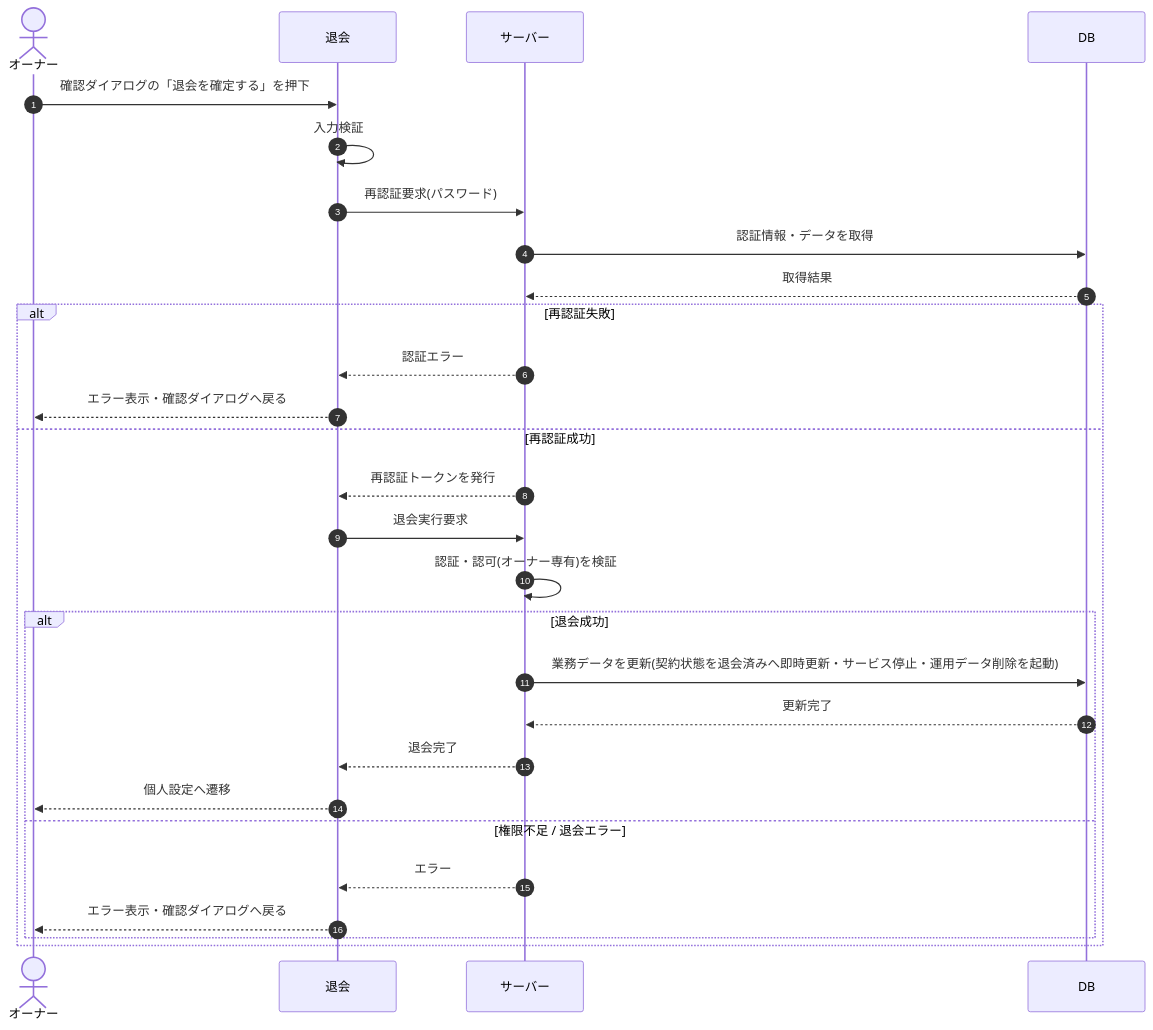
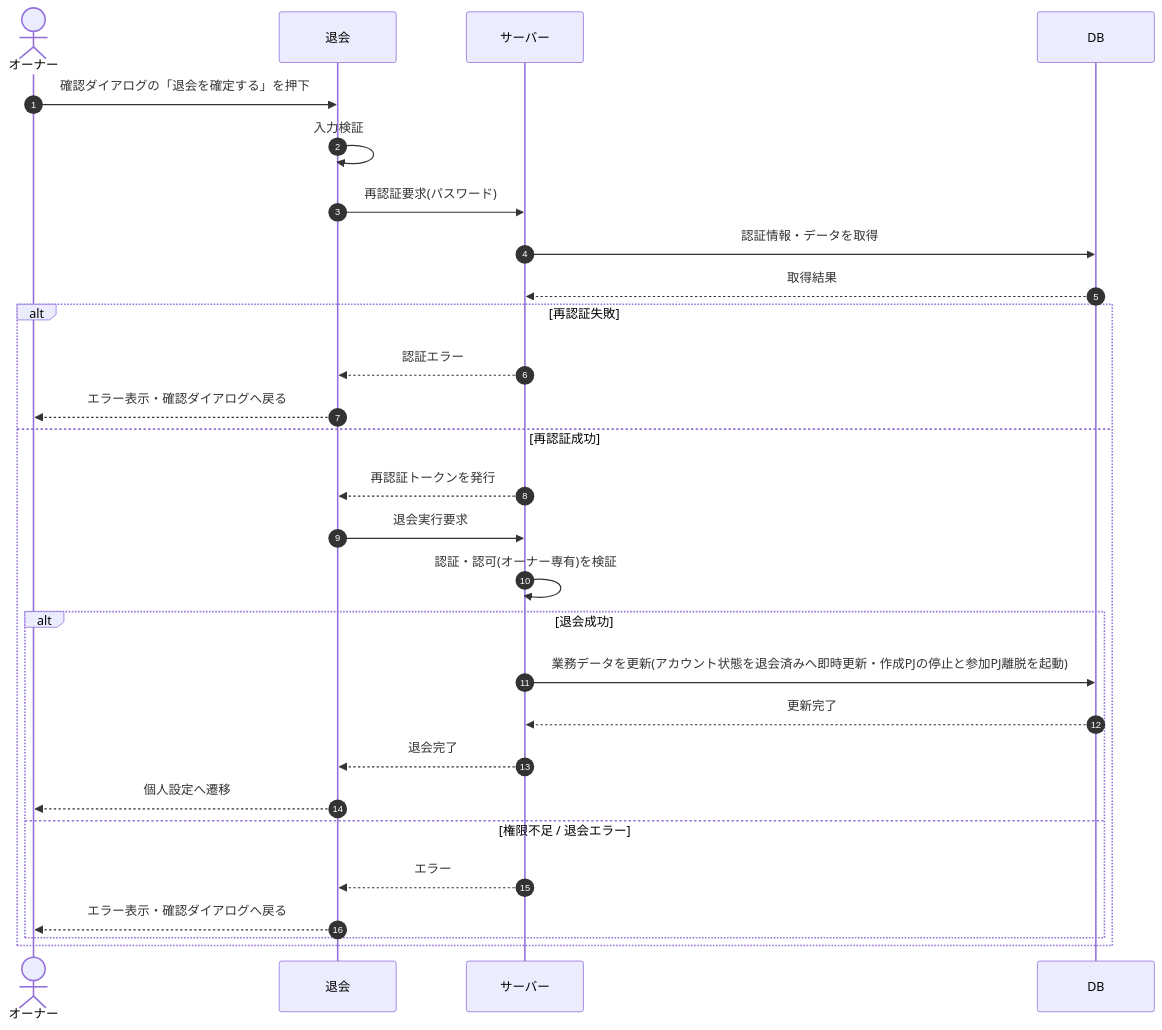
One commit to sikakou54/open-faq changed the diagram in 02_basic_design/03_sequences/SEQ-066.md. Above: the diagram before and after it, drawn with Mermaid. The commit also changed other lines of this file and 294 other files, not shown here.

````diff
--- a/02_basic_design/03_sequences/SEQ-066.md
+++ b/02_basic_design/03_sequences/SEQ-066.md
@@ -24,30 +24,30 @@
 ```mermaid
 sequenceDiagram
   autonumber
   actor U as オーナー
   participant Screen as 退会
   participant Server as サーバー
   participant DB as DB
   U->>Screen: 確認ダイアログの「退会を確定する」を押下
   Screen->>Screen: 入力検証
   Screen->>Server: 再認証要求(パスワード)
   Server->>DB: 認証情報・データを取得
   DB-->>Server: 取得結果
   alt 再認証失敗
     Server-->>Screen: 認証エラー
     Screen-->>U: エラー表示・確認ダイアログへ戻る
   else 再認証成功
     Server-->>Screen: 再認証トークンを発行
     Screen->>Server: 退会実行要求
     Server->>Server: 認証・認可(オーナー専有)を検証
     alt 退会成功
-      Server->>DB: 業務データを更新(契約状態を退会済みへ即時更新・サービス停止・運用データ削除を起動)
+      Server->>DB: 業務データを更新(アカウント状態を退会済みへ即時更新・作成PJの停止と参加PJ離脱を起動)
       DB-->>Server: 更新完了
       Server-->>Screen: 退会完了
       Screen-->>U: 個人設定へ遷移
     else 権限不足 / 退会エラー
       Server-->>Screen: エラー
       Screen-->>U: エラー表示・確認ダイアログへ戻る
     end
   end
 ```
````
